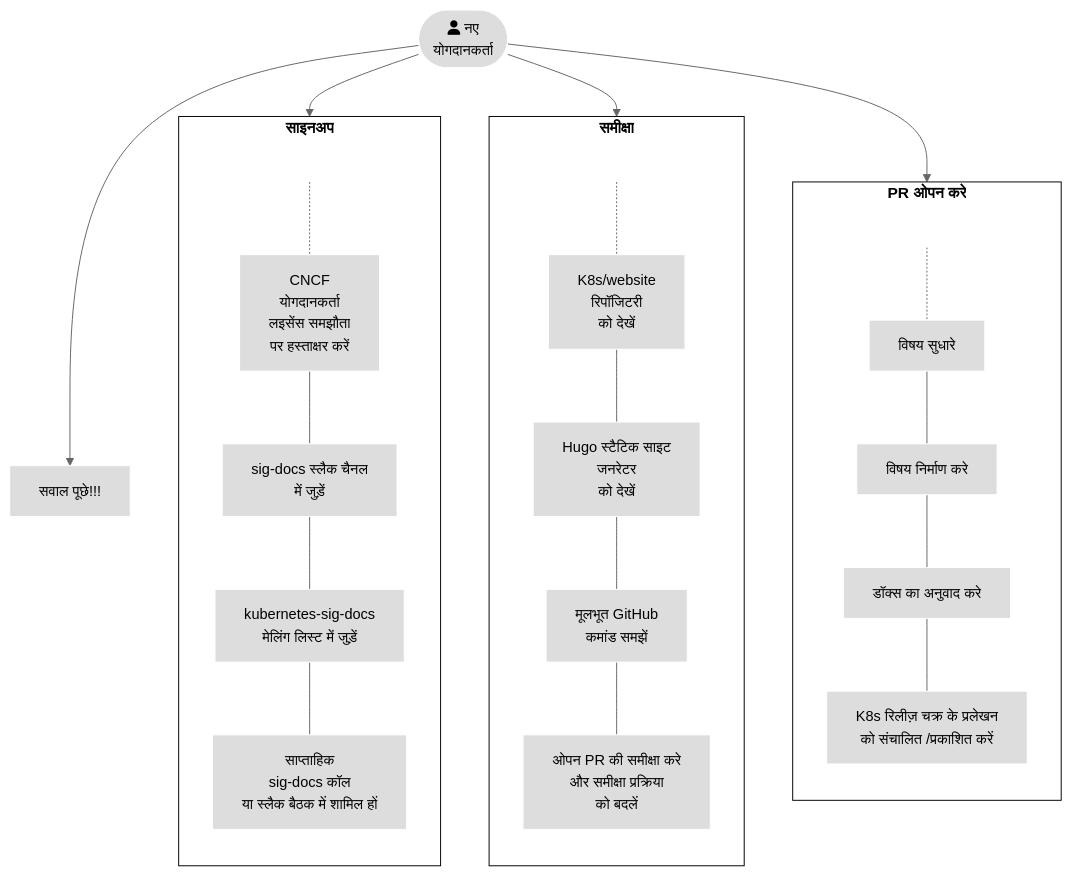
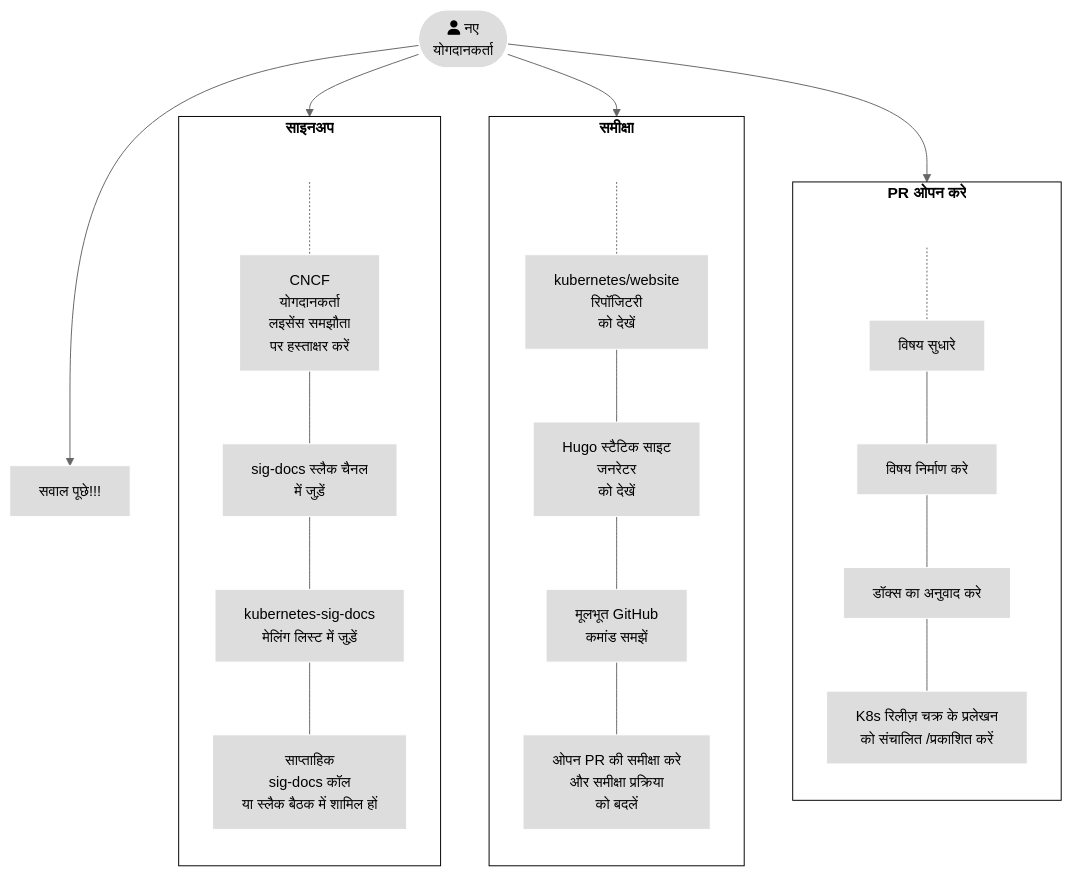
One commit to KimSJ15/kubernetes_website changed the first of 2 diagrams in content/hi/docs/contribute/_index.md. Above: the diagram before and after it, drawn with Mermaid (neutral theme). The commit also changed other lines of this file, not shown here.

Commit message:
Mention kubernetes/websites everywhere in the same way

```diff
--- a/content/hi/docs/contribute/_index.md
+++ b/content/hi/docs/contribute/_index.md
@@ -57,40 +57,40 @@
 {{< mermaid >}}
 flowchart TB
 subgraph third[PR ओपन करे]
 direction TB
 U[ ] -.-
 Q[विषय सुधारे] --- N[विषय निर्माण करे]
 N --- O[डॉक्स का अनुवाद करे]
 O --- P[K8s रिलीज़ चक्र के प्रलेखन<br>को संचालित /प्रकाशित करें]
 
 end
 
 subgraph second[समीक्षा]
 direction TB
    T[ ] -.-
-   D[K8s/website<br>रिपॉजिटरी<br>को देखें] --- E[Hugo स्टैटिक साइट<br>जनरेटर<br>को देखें]
+   D[kubernetes/website<br>रिपॉजिटरी<br>को देखें] --- E[Hugo स्टैटिक साइट<br>जनरेटर<br>को देखें]
    E --- F[मूलभूत GitHub<br>कमांड समझें]
    F --- G[ओपन PR की समीक्षा करे<br>और समीक्षा प्रक्रिया<br>को बदलें]
 end
 
 subgraph first[साइनअप]
     direction TB
     S[ ] -.-
     B[CNCF<br>योगदानकर्ता<br>लइसेंस समझौता<br>पर हस्ताक्षर करें] --- C[sig-docs स्लैक चैनल<br>में जुड़ें] 
     C --- V[kubernetes-sig-docs<br>मेलिंग लिस्ट में जुड़ें]
     V --- M[साप्ताहिक<br>sig-docs कॉल<br>या स्लैक बैठक में शामिल हों]
 end
 
 A([fa:fa-user नए<br>योगदानकर्ता]) --> first
 A --> second
 A --> third
 A --> H[सवाल पूछे!!!]
 
 
 classDef grey fill:#dddddd,stroke:#ffffff,stroke-width:px,color:#000000, font-size:15px;
 classDef white fill:#ffffff,stroke:#000,stroke-width:px,color:#000,font-weight:bold
 classDef spacewhite fill:#ffffff,stroke:#fff,stroke-width:0px,color:#000
 class A,B,C,D,E,F,G,H,M,Q,N,O,P,V grey
 class S,T,U spacewhite
 class first,second,third white
 {{</ mermaid >}}
```
